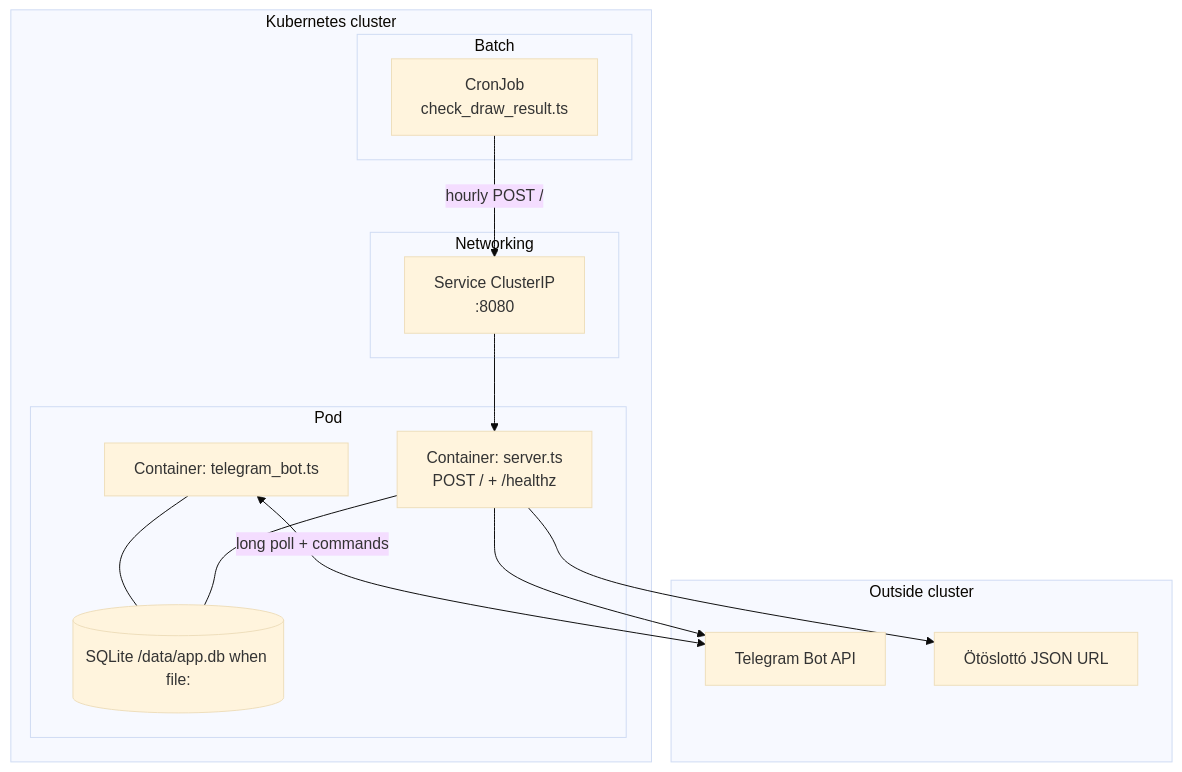
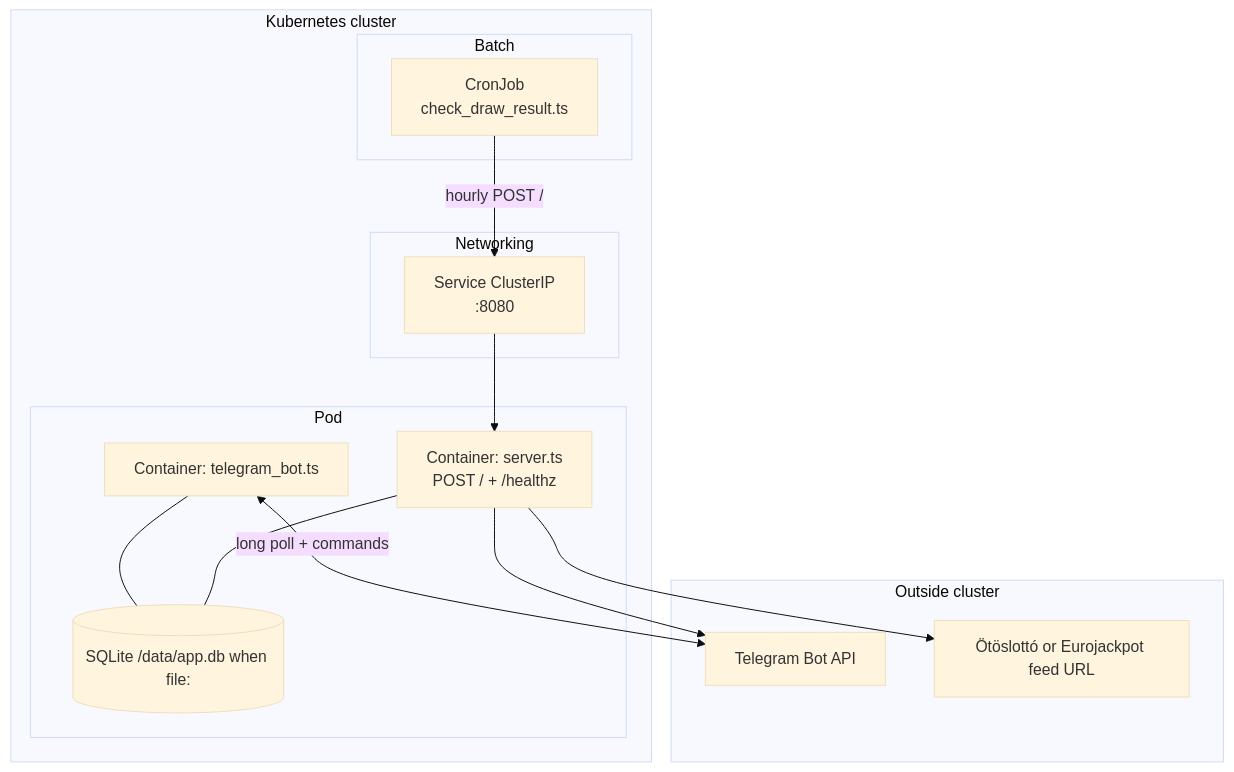
The third of 4 diagrams in docs/architecture.md (95gabor/szerencsejatek-telegram-bot), drawn with Mermaid (base theme) before and after one commit. The commit also changed other lines of this file and 53 other files, not shown here.

````diff
--- a/docs/architecture.md
+++ b/docs/architecture.md
@@ -88,27 +89,27 @@
 ```mermaid
 flowchart TB
   subgraph cluster [Kubernetes cluster]
     subgraph cron [Batch]
       CJ["CronJob<br/>check_draw_result.ts"]
     end
     subgraph net [Networking]
       SVC[Service ClusterIP\n:8080]
     end
     subgraph pod [Pod]
       TEL["Container: telegram_bot.ts"]
       SRV["Container: server.ts<br/>POST / + /healthz"]
       VOL[(SQLite /data/app.db when file:)]
     end
   end
   subgraph outside [Outside cluster]
     TAPI[Telegram Bot API]
-    FEED[Ötöslottó JSON URL]
+    FEED[Ötöslottó or Eurojackpot feed URL]
   end
   TEL <-->|long poll + commands| TAPI
   SRV --> FEED
   SRV --> TAPI
   TEL --- VOL
   SRV --- VOL
   CJ -->|hourly POST /| SVC
   SVC --> SRV
 ```
````
